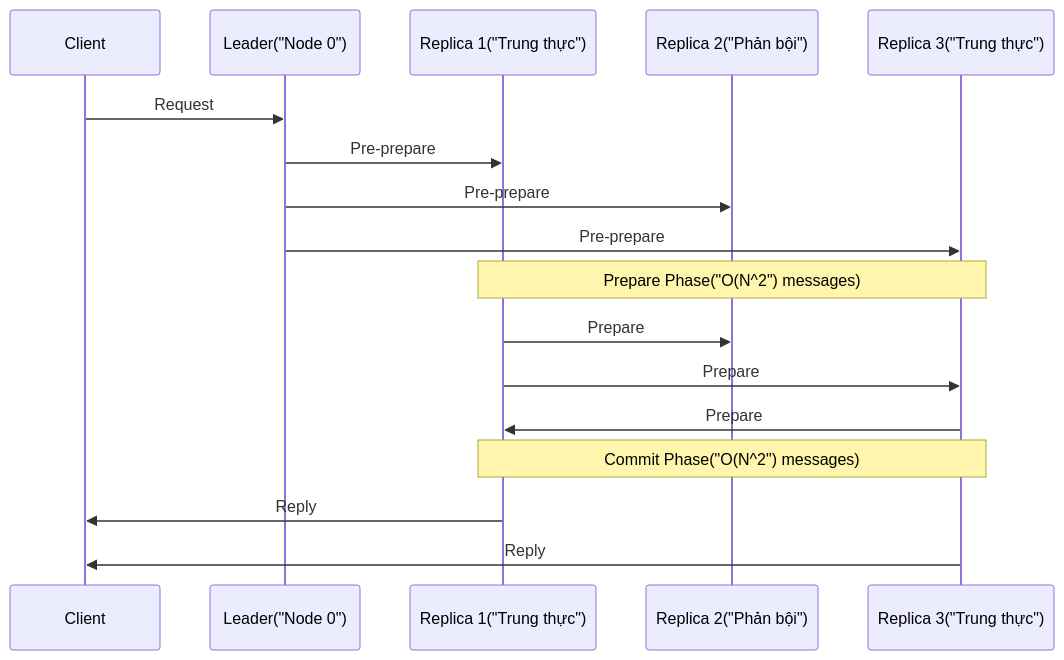
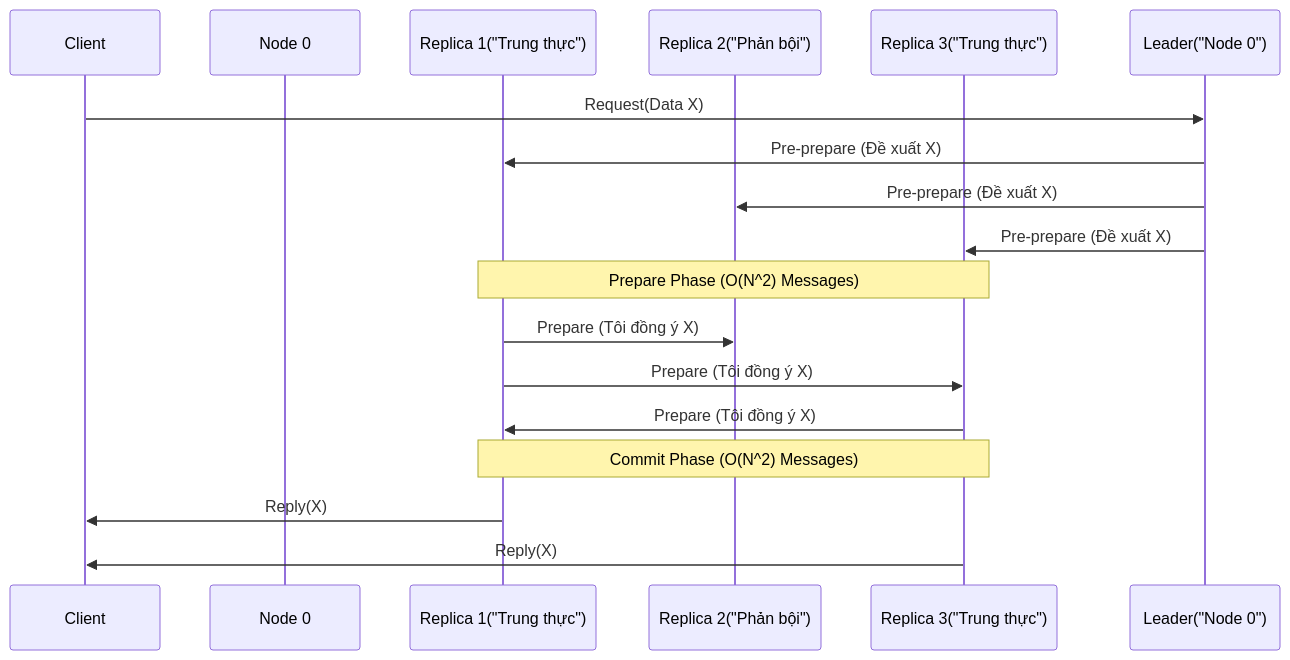
Before and after one commit to kythuatdulieu/kythuatdulieu.github.io: the first of 2 diagrams in src/content/docs/concepts/1-distributed-systems-architecture/byzantine-fault-tolerance.md, drawn with Mermaid. The commit also changed other lines of this file and 228 other files, not shown here.

Commit message:
Fix syntax and rewrite 200+ concepts docs to deep-dive system architecture and add GA4 tracking to quiz app

````diff
--- a/src/content/docs/concepts/1-distributed-systems-architecture/byzantine-fault-tolerance.md
+++ b/src/content/docs/concepts/1-distributed-systems-architecture/byzantine-fault-tolerance.md
@@ -47,22 +55,22 @@
 ```mermaid
 sequenceDiagram
     participant Client
-    participant Leader("Node 0")
+    participant Leader as Node 0
     participant Replica 1("Trung thực")
     participant Replica 2("Phản bội")
     participant Replica 3("Trung thực")
 
-    Client->>Leader("Node 0"): Request
-    Leader("Node 0")->>Replica 1("Trung thực"): Pre-prepare
-    Leader("Node 0")->>Replica 2("Phản bội"): Pre-prepare
-    Leader("Node 0")->>Replica 3("Trung thực"): Pre-prepare
+    Client->>Leader("Node 0"): Request(Data X)
+    Leader("Node 0")->>Replica 1("Trung thực"): Pre-prepare (Đề xuất X)
+    Leader("Node 0")->>Replica 2("Phản bội"): Pre-prepare (Đề xuất X)
+    Leader("Node 0")->>Replica 3("Trung thực"): Pre-prepare (Đề xuất X)
 
-    Note over Replica 1("Trung thực"),Replica 3("Trung thực"): Prepare Phase("O(N^2") messages)
-    Replica 1("Trung thực")->>Replica 2("Phản bội"): Prepare
-    Replica 1("Trung thực")->>Replica 3("Trung thực"): Prepare
-    Replica 3("Trung thực")->>Replica 1("Trung thực"): Prepare
+    Note over Replica 1("Trung thực"),Replica 3("Trung thực"): Prepare Phase (O(N^2) Messages)
+    Replica 1("Trung thực")->>Replica 2("Phản bội"): Prepare (Tôi đồng ý X)
+    Replica 1("Trung thực")->>Replica 3("Trung thực"): Prepare (Tôi đồng ý X)
+    Replica 3("Trung thực")->>Replica 1("Trung thực"): Prepare (Tôi đồng ý X)
     
-    Note over Replica 1("Trung thực"),Replica 3("Trung thực"): Commit Phase("O(N^2") messages)
-    Replica 1("Trung thực")->>Client: Reply
-    Replica 3("Trung thực")->>Client: Reply
+    Note over Replica 1("Trung thực"),Replica 3("Trung thực"): Commit Phase (O(N^2) Messages)
+    Replica 1("Trung thực")->>Client: Reply(X)
+    Replica 3("Trung thực")->>Client: Reply(X)
 ```
````
